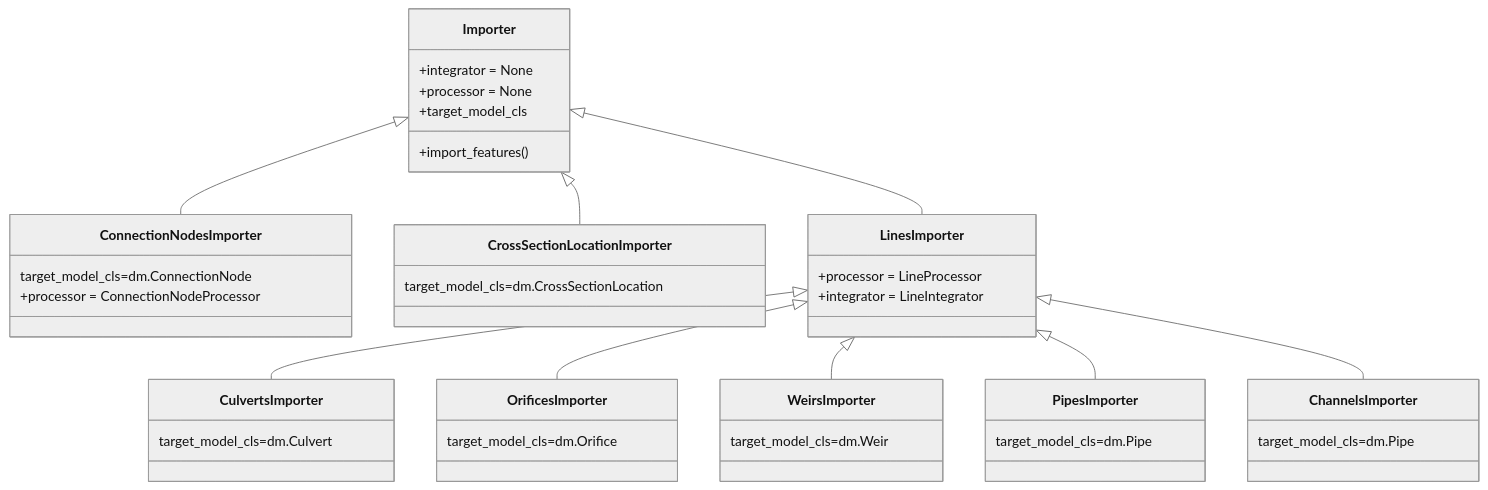
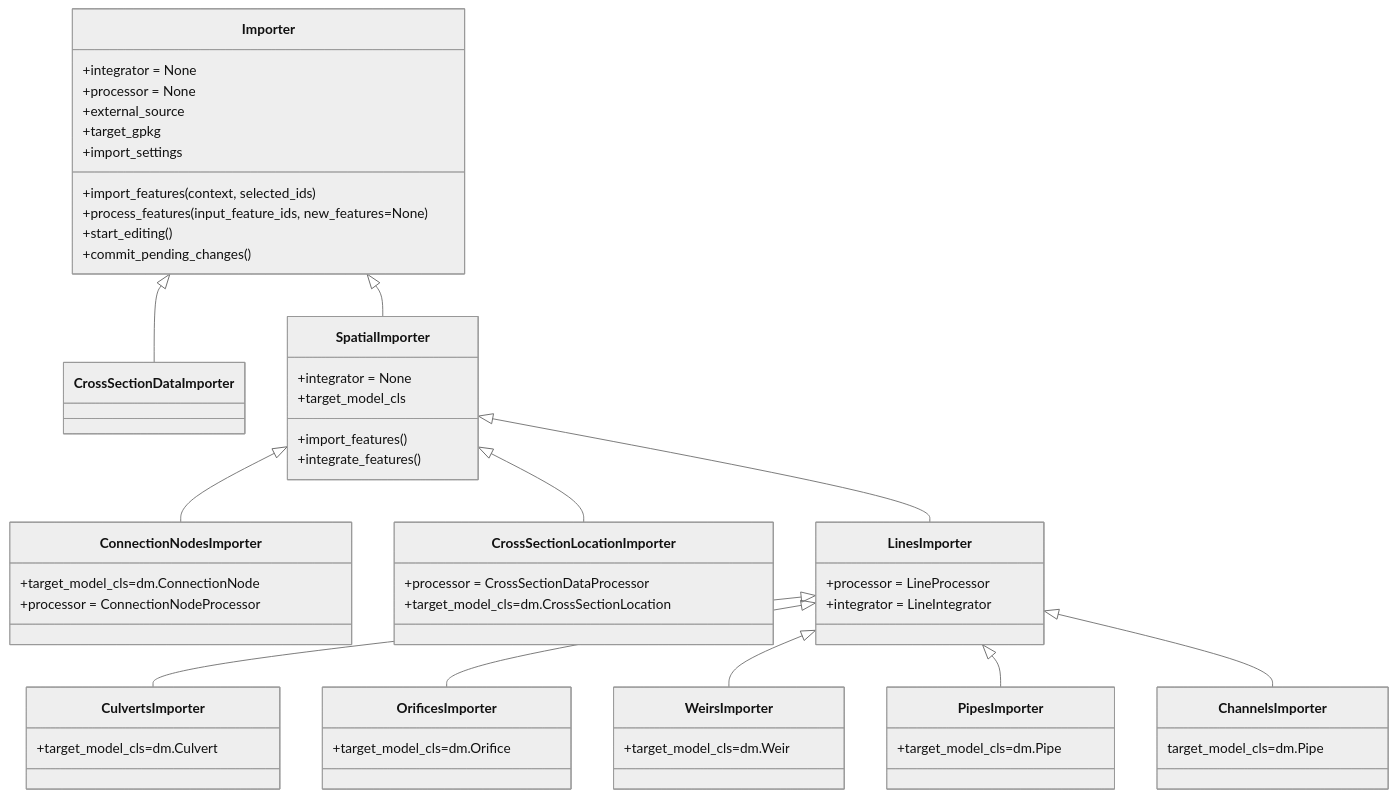
The first of 2 diagrams in DESIGN.md (nens/threedi-schematisation-editor), drawn with Mermaid (neutral theme) before and after one commit. The commit also changed other lines of this file and 21 other files, not shown here.

Commit message:
Cross section data Importer (#435)

````diff
--- a/DESIGN.md
+++ b/DESIGN.md
@@ -7,53 +7,72 @@
 ```mermaid
 classDiagram
-    Importer <|-- ConnectionNodesImporter
-    Importer <|-- CrossSectionLocationImporter
-    Importer <|-- LinesImporter
+    Importer <|-- CrossSectionDataImporter
+    Importer <|-- SpatialImporter
+    SpatialImporter <|-- ConnectionNodesImporter
+    SpatialImporter <|-- CrossSectionLocationImporter
+    SpatialImporter <|-- LinesImporter
     LinesImporter <|-- CulvertsImporter
     LinesImporter <|-- OrificesImporter
     LinesImporter <|-- WeirsImporter
     LinesImporter <|-- PipesImporter
     LinesImporter <|-- ChannelsImporter
 
     class Importer {
         +integrator = None
         +processor = None
+        +external_source
+        +target_gpkg
+        +import_settings       
+        +import_features(context, selected_ids)
+        +process_features(input_feature_ids, new_features=None)
+        +start_editing()
+        +commit_pending_changes()
+    }
+
+    class CrossSectionLocationImporter{
+        +processor = CrossSectionDataProcessor
+    }
+
+    class SpatialImporter {
+        +integrator = None
         +target_model_cls
         +import_features()
+        +integrate_features()
     }
 
     class ConnectionNodesImporter {
-        target_model_cls=dm.ConnectionNode
+        +target_model_cls=dm.ConnectionNode
         +processor = ConnectionNodeProcessor
+    }
+
+    class CrossSectionLocationImporter {
+        +target_model_cls=dm.CrossSectionLocation
     }
 
     class LinesImporter {
         +processor = LineProcessor
         +integrator = LineIntegrator
     }
 
     class CulvertsImporter {
-        target_model_cls=dm.Culvert
+        +target_model_cls=dm.Culvert
     }
 
     class OrificesImporter {
-        target_model_cls=dm.Orifice
+        +target_model_cls=dm.Orifice
     }
     
     class WeirsImporter {
-        target_model_cls=dm.Weir
+        +target_model_cls=dm.Weir
     }
     
     class PipesImporter {
-        target_model_cls=dm.Pipe
+        +target_model_cls=dm.Pipe
     }    
     
     class ChannelsImporter {
         target_model_cls=dm.Pipe
     }        
     
-    class CrossSectionLocationImporter {
-        target_model_cls=dm.CrossSectionLocation
-    }
 
 ```
````
